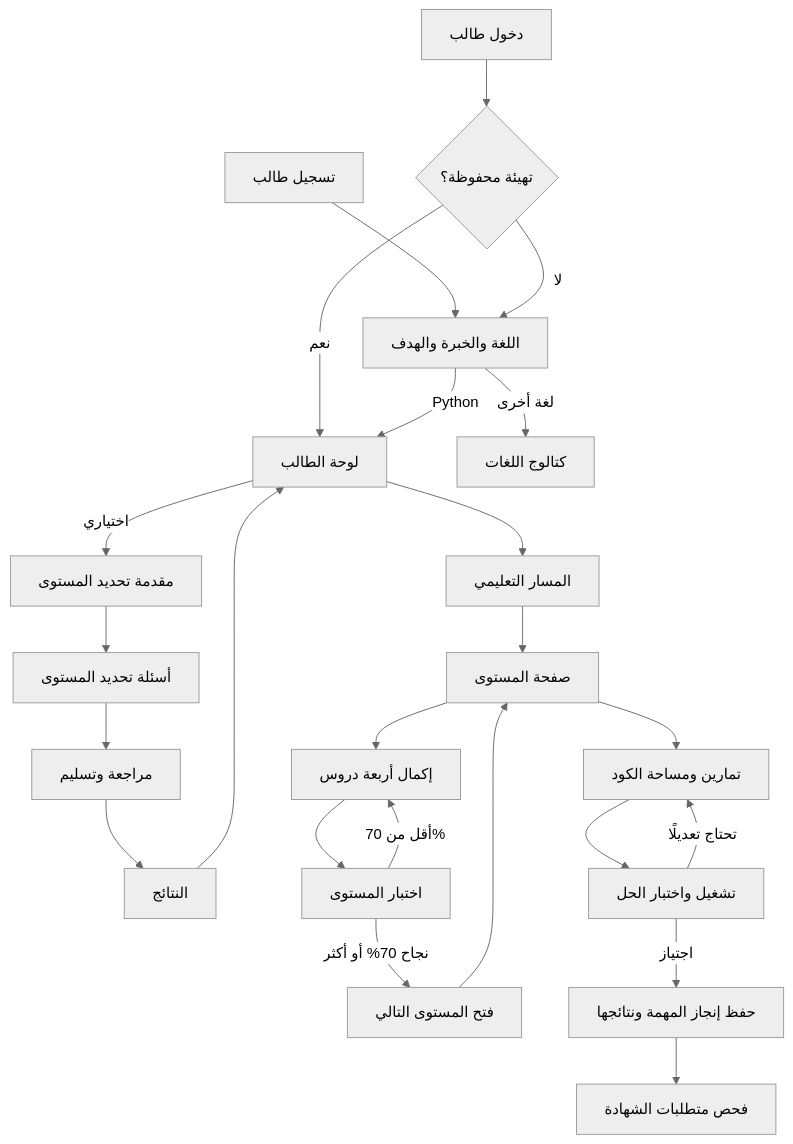
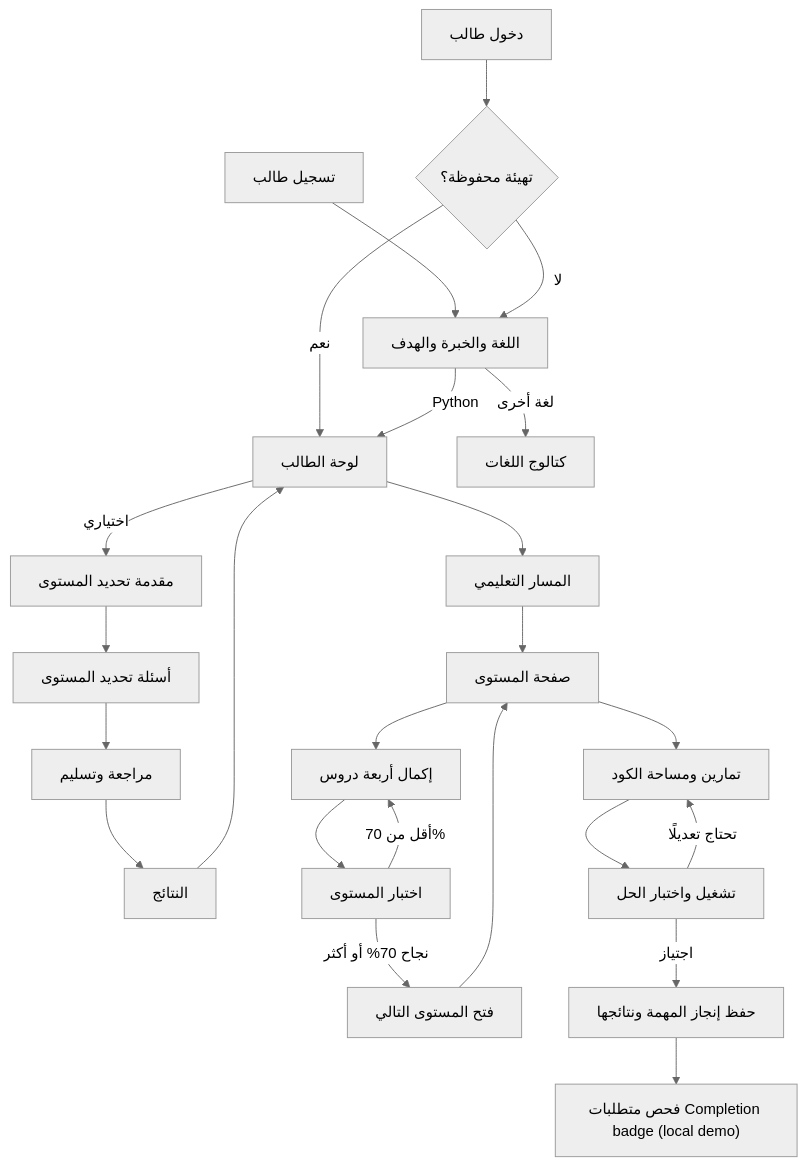
Before and after one commit to lujainokour/code-test: the second of 3 diagrams in docs/WORKFLOWS-AND-USER-MAP.md, drawn with Mermaid (neutral theme). The commit also changed other lines of this file and 34 other files, not shown here.

First line of the commit message:
Honest wording: 'Completion badge (local demo)', not a verifiable credential

````diff
--- a/docs/WORKFLOWS-AND-USER-MAP.md
+++ b/docs/WORKFLOWS-AND-USER-MAP.md
@@ -41,26 +41,26 @@
 ```mermaid
 flowchart TD
     Signup["تسجيل طالب"] --> Setup["اللغة والخبرة والهدف"]
     Login["دخول طالب"] --> Known{"تهيئة محفوظة؟"}
     Known -->|"نعم"| Dashboard["لوحة الطالب"]
     Known -->|"لا"| Setup
     Setup -->|"Python"| Dashboard["لوحة الطالب"]
     Dashboard -->|"اختياري"| Intro["مقدمة تحديد المستوى"]
     Setup -->|"لغة أخرى"| Languages["كتالوج اللغات"]
     Intro --> Questions["أسئلة تحديد المستوى"]
     Questions --> Review["مراجعة وتسليم"]
     Review --> Results["النتائج"]
     Results --> Dashboard
     Dashboard --> Path["المسار التعليمي"]
     Path --> Level["صفحة المستوى"]
     Level --> Lessons["إكمال أربعة دروس"]
     Lessons --> Quiz["اختبار المستوى"]
     Quiz -->|"نجاح 70% أو أكثر"| Next["فتح المستوى التالي"]
     Quiz -->|"أقل من 70%"| Lessons
     Level --> Tasks["تمارين ومساحة الكود"]
     Tasks --> Checks["تشغيل واختبار الحل"]
     Checks -->|"تحتاج تعديلًا"| Tasks
     Checks -->|"اجتياز"| Saved["حفظ إنجاز المهمة ونتائجها"]
     Next --> Level
-    Saved --> Certificate["فحص متطلبات الشهادة"]
+    Saved --> Certificate["فحص متطلبات Completion badge (local demo)"]
 ```
````
